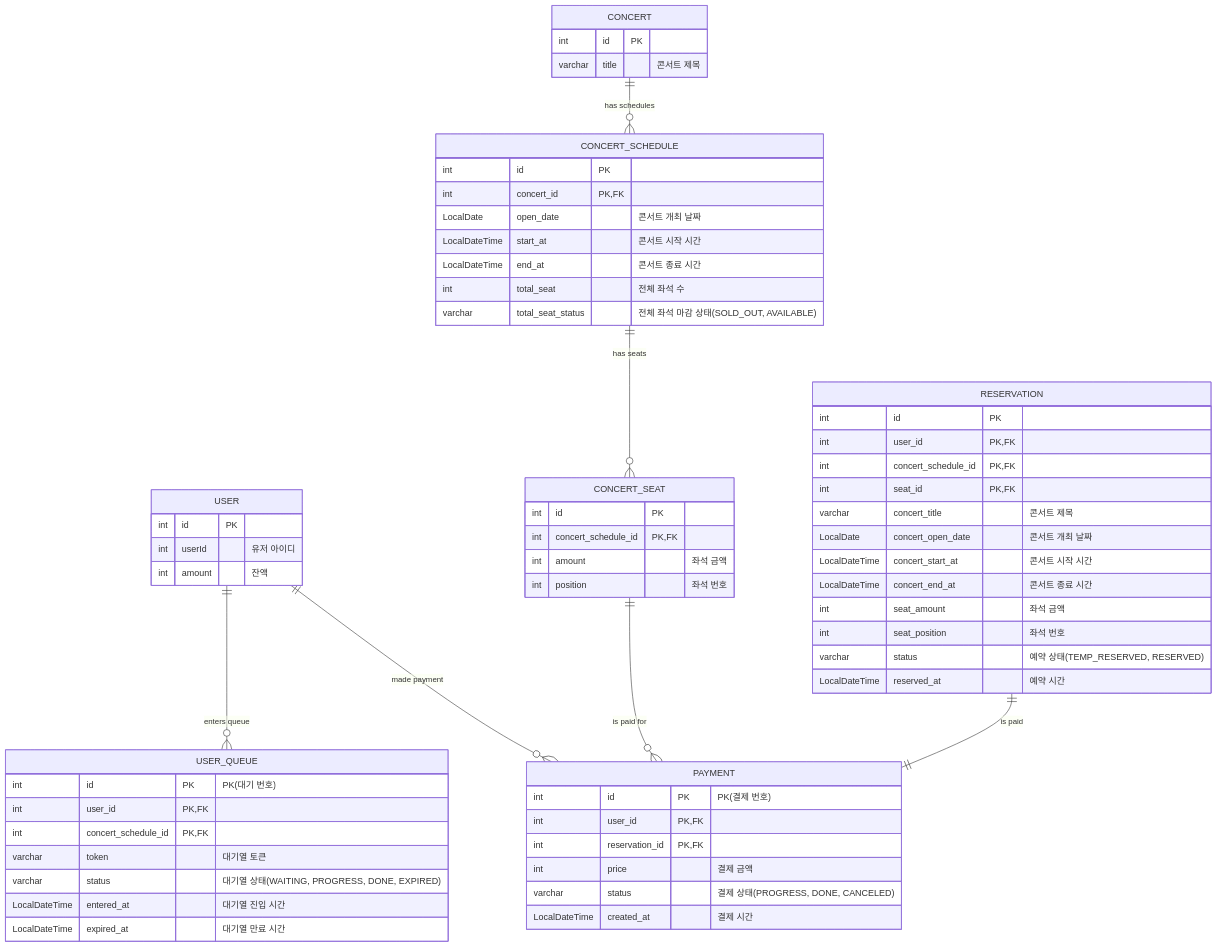
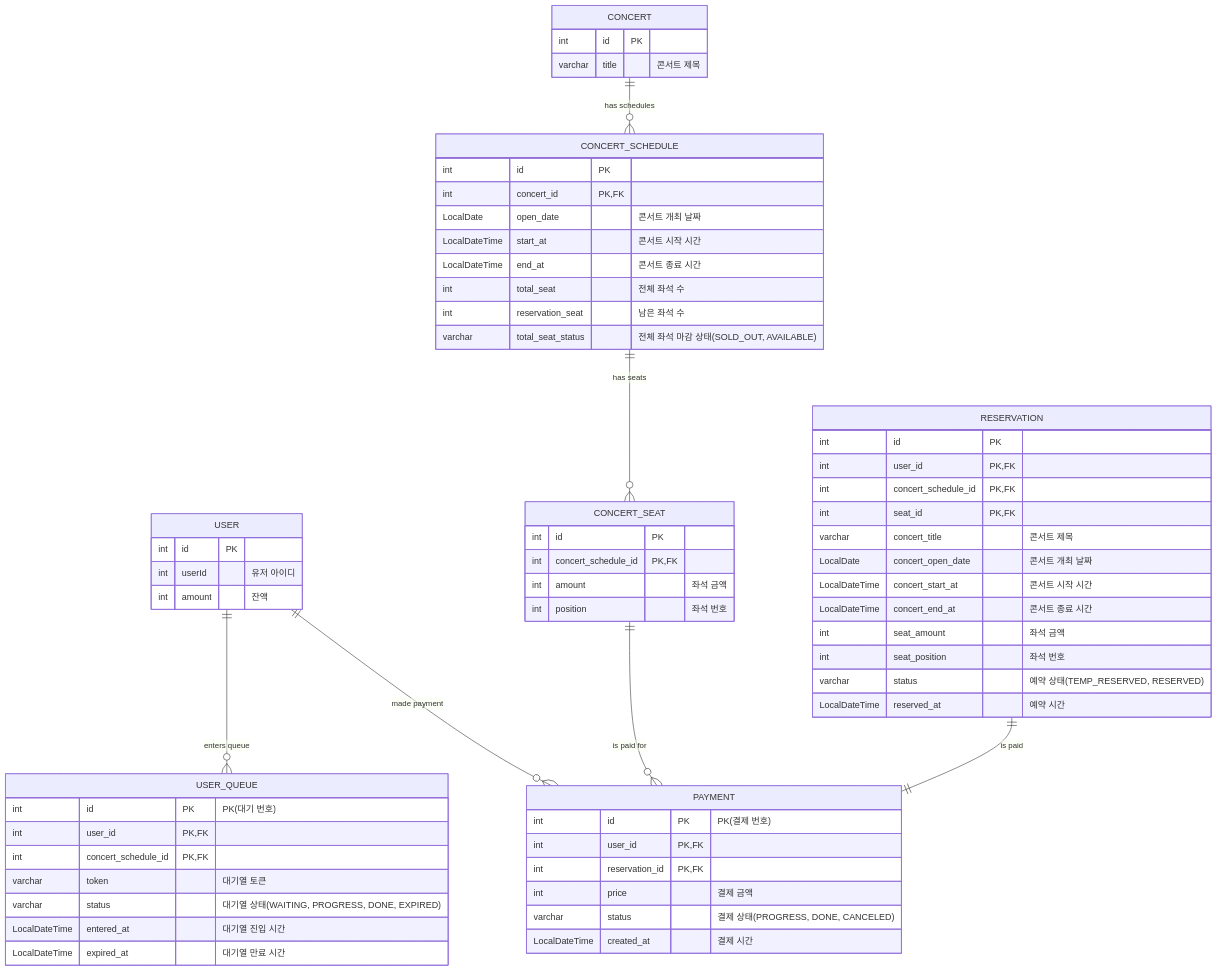
Before and after one commit to jikimee64/hhplus-concert: the diagram in docs/erd.md, drawn with Mermaid. The commit also changed 13 other files, not shown here.

````diff
--- a/docs/erd.md
+++ b/docs/erd.md
@@ -4,71 +4,72 @@
 ```mermaid
 erDiagram
     USER {
         int id PK
         int userId "유저 아이디"
         int amount "잔액"
     }
 
     USER_QUEUE {
         int id PK "PK(대기 번호)"
         int user_id PK, FK
         int concert_schedule_id PK, FK
         varchar token "대기열 토큰"
         varchar status "대기열 상태(WAITING, PROGRESS, DONE, EXPIRED)"
         LocalDateTime entered_at "대기열 진입 시간"
         LocalDateTime expired_at "대기열 만료 시간"
     }
 
     PAYMENT {
         int id PK "PK(결제 번호)"
         int user_id PK, FK
         int reservation_id PK, FK
         int price "결제 금액"
         varchar status "결제 상태(PROGRESS, DONE, CANCELED)"
         LocalDateTime created_at "결제 시간"
     }
 
     CONCERT {
         int id PK
         varchar title "콘서트 제목"
     }
 
     CONCERT_SCHEDULE {
         int id PK
         int concert_id PK, FK
         LocalDate open_date "콘서트 개최 날짜"
         LocalDateTime start_at "콘서트 시작 시간"
         LocalDateTime end_at "콘서트 종료 시간"
         int total_seat "전체 좌석 수"
+        int reservation_seat "남은 좌석 수"
         varchar total_seat_status "전체 좌석 마감 상태(SOLD_OUT, AVAILABLE)"
     }
 
     CONCERT_SEAT {
         int id PK
         int concert_schedule_id PK, FK
         int amount "좌석 금액"
         int position "좌석 번호"
     }
 
     RESERVATION {
         int id PK
         int user_id PK, FK
         int concert_schedule_id PK, FK
         int seat_id PK, FK
         varchar concert_title "콘서트 제목"
         LocalDate concert_open_date "콘서트 개최 날짜"
         LocalDateTime concert_start_at "콘서트 시작 시간"
         LocalDateTime concert_end_at "콘서트 종료 시간"
         int seat_amount "좌석 금액"
         int seat_position "좌석 번호"
         varchar status "예약 상태(TEMP_RESERVED, RESERVED)"
         LocalDateTime reserved_at "예약 시간"
     }
 
     CONCERT ||--o{ CONCERT_SCHEDULE: "has schedules"
     CONCERT_SCHEDULE ||--o{ CONCERT_SEAT: "has seats"
     USER ||--o{ USER_QUEUE: "enters queue"
     USER ||--o{ PAYMENT: "made payment"
     CONCERT_SEAT ||--o{ PAYMENT: "is paid for"
     RESERVATION ||--|| PAYMENT: "is paid"
 ```
````
